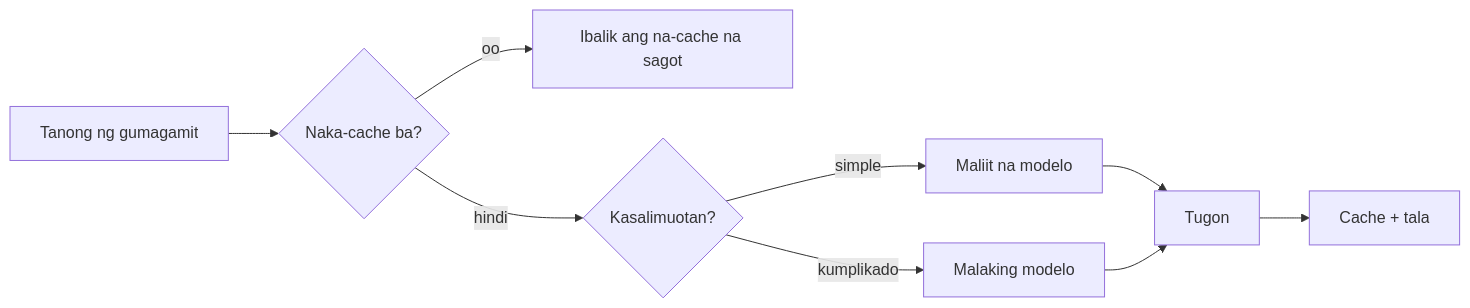
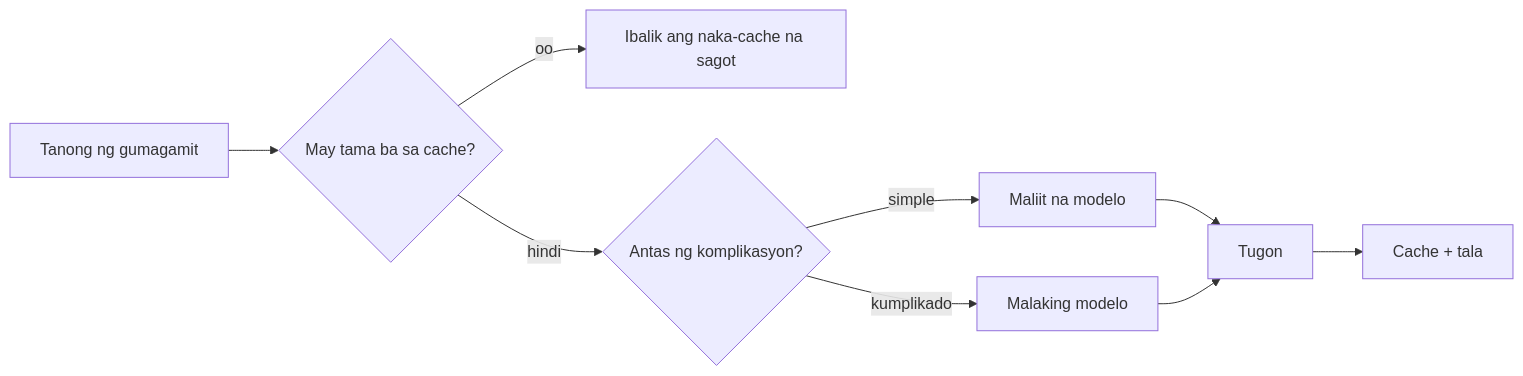
One commit to microsoft/ai-agents-for-beginners changed the third of 4 diagrams in translations/tl/16-deploying-scalable-agents/README.md. Above: the diagram before and after it, drawn with Mermaid. The commit also changed other lines of this file and 46 other files, not shown here.

````diff
--- a/translations/tl/16-deploying-scalable-agents/README.md
+++ b/translations/tl/16-deploying-scalable-agents/README.md
@@ -134,11 +134,11 @@
 ```mermaid
 flowchart LR
-    Q[Tanong ng gumagamit] --> C{Naka-cache ba?}
-    C -->|oo| R[Ibalik ang na-cache na sagot]
-    C -->|hindi| Router{Kasalimuotan?}
+    Q[Tanong ng gumagamit] --> C{May tama ba sa cache?}
+    C -->|oo| R[Ibalik ang naka-cache na sagot]
+    C -->|hindi| Router{Antas ng komplikasyon?}
     Router -->|simple| SLM[Maliit na modelo]
     Router -->|kumplikado| LLM[Malaking modelo]
     SLM --> Out[Tugon]
     LLM --> Out
     Out --> Store[Cache + tala]
 ```
````
